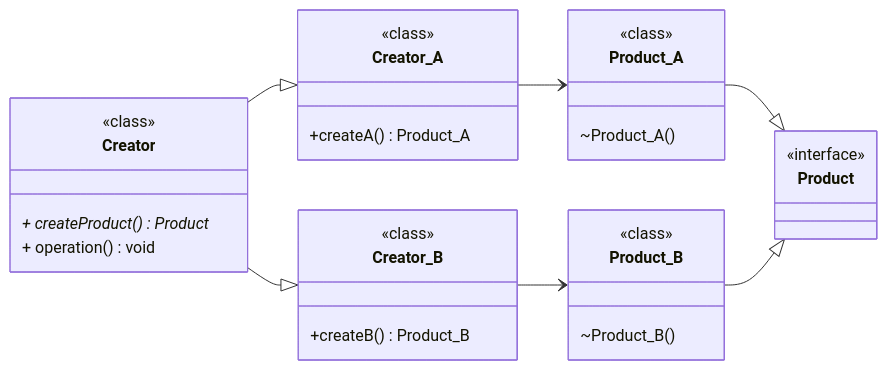
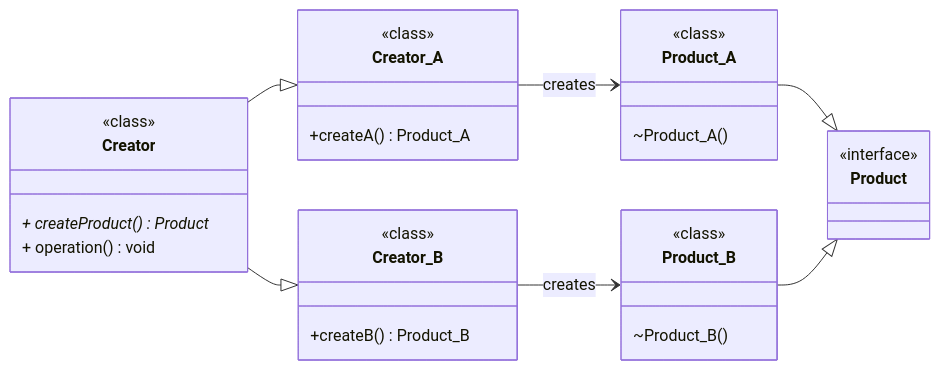
Before and after one commit to angelromarco04/MyNotes: the first of 2 diagrams in Programming/Patterns/data/Factory.md, drawn with Mermaid. The commit also changed other lines of this file, not shown here.

Commit message:
vault backup: 2024-03-16 15:04:32

````diff
--- a/Programming/Patterns/data/Factory.md
+++ b/Programming/Patterns/data/Factory.md
@@ -39,44 +39,44 @@
 ```mermaid
 classDiagram
 direction LR
 
 Creator --|> Creator_A
 Creator --|> Creator_B
 
-Creator_A --> Product_A
-Creator_B --> Product_B
+Creator_A --> Product_A :  creates 
+Creator_B --> Product_B :  creates 
 
 Product_A --|> Product
 Product_B --|> Product
 
 class Product {
 	<<interface>>
 }
 
 class Product_A {
 	<<class>>
 	~Product_A()
 }
 
 class Product_B {
 	<<class>>
 	~Product_B()
 }
 
 class Creator {
 	<<class>>
 	+ createProduct() Product*
 	+ operation() void
 }
 
 class Creator_A {
 	<<class>>
 	+createA() Product_A
 }
 
 class Creator_B {
 	<<class>>
 	+createB() Product_B
 }
 
 ```
````
